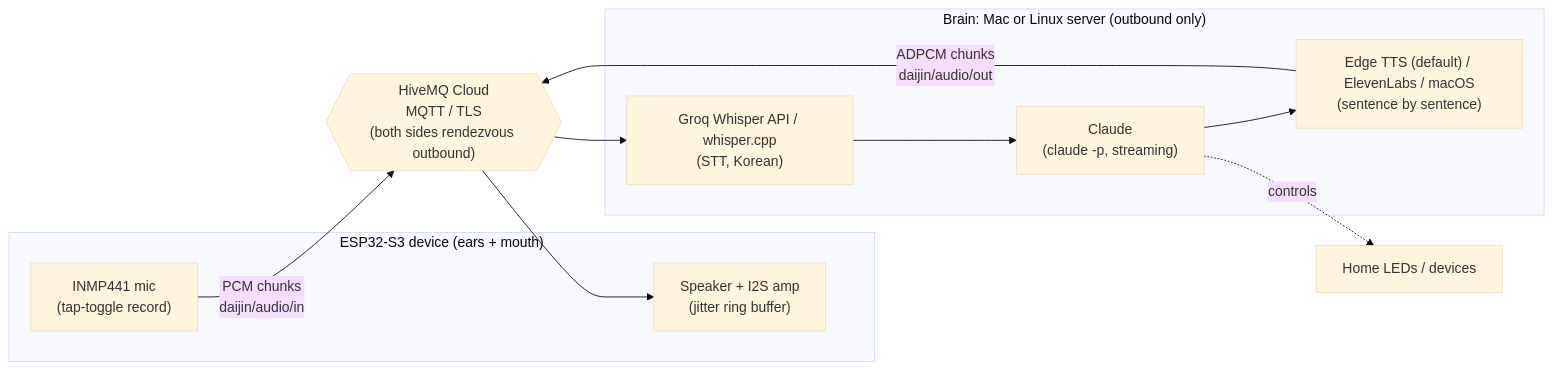
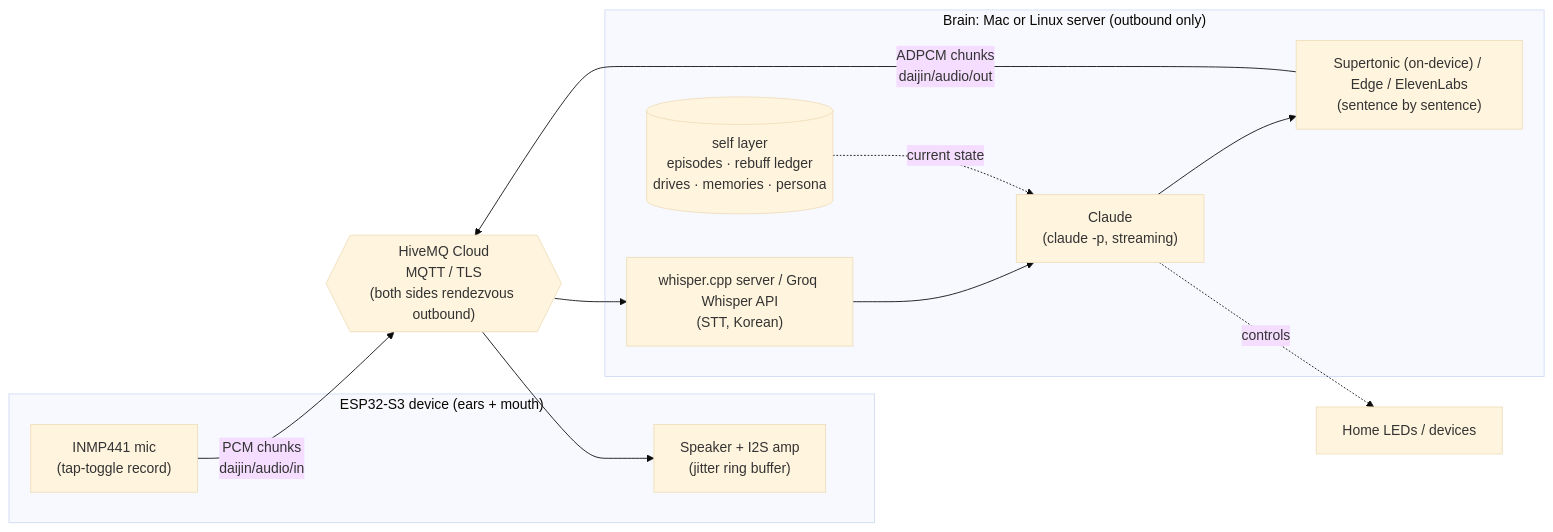
The diagram in README.md (nonasking/daijin), drawn with Mermaid (base theme) before and after one commit. The commit also changed other lines of this file and 1 other file, not shown here.

First line of the commit message:
Docs: the self-layer design; README

````diff
--- a/README.md
+++ b/README.md
@@ -29,23 +29,25 @@
 ```mermaid
 flowchart LR
     subgraph device["ESP32-S3 device (ears + mouth)"]
         MIC["INMP441 mic<br/>(tap-toggle record)"]
         SPK["Speaker + I2S amp<br/>(jitter ring buffer)"]
     end
 
     BROKER{{"HiveMQ Cloud<br/>MQTT / TLS<br/>(both sides rendezvous outbound)"}}
 
     subgraph brain["Brain: Mac or Linux server (outbound only)"]
-        STT["Groq Whisper API / whisper.cpp<br/>(STT, Korean)"]
+        STT["whisper.cpp server / Groq Whisper API<br/>(STT, Korean)"]
         AGENT["Claude<br/>(claude -p, streaming)"]
-        TTS["Edge TTS (default) / ElevenLabs / macOS<br/>(sentence by sentence)"]
+        TTS["Supertonic (on-device) / Edge / ElevenLabs<br/>(sentence by sentence)"]
+        SELF[("self layer<br/>episodes · rebuff ledger<br/>drives · memories · persona")]
         STT --> AGENT --> TTS
+        SELF -. "current state" .-> AGENT
     end
 
     MIC -- "PCM chunks<br/>daijin/audio/in" --> BROKER
     BROKER --> STT
     TTS -- "ADPCM chunks<br/>daijin/audio/out" --> BROKER
     BROKER --> SPK
 
     AGENT -. "controls" .-> HOME["Home LEDs / devices"]
 ```
````
